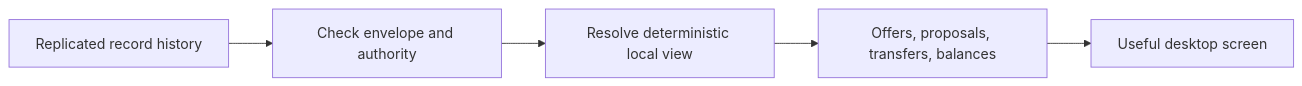
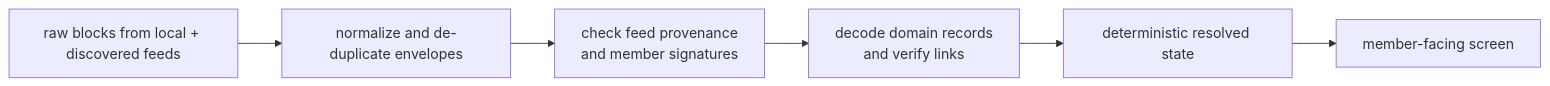
Before and after one commit to matthewlovestocode/peer-hours: the diagram in docs/education/24-raw-records-and-useful-screens.md, drawn with Mermaid. The commit also changed other lines of this file and 62 other files, not shown here.

````diff
--- a/docs/education/24-raw-records-and-useful-screens.md
+++ b/docs/education/24-raw-records-and-useful-screens.md
@@ -15,7 +5,8 @@
 ```mermaid
 flowchart LR
-    H["Replicated record history"] --> V["Check envelope and authority"]
-    V --> R["Resolve deterministic local view"]
-    R --> S["Offers, proposals, transfers, balances"]
-    S --> U["Useful desktop screen"]
+  H["raw blocks from local + discovered feeds"] --> E["normalize and de-duplicate envelopes"]
+  E --> P["check feed provenance\nand member signatures"]
+  P --> D["decode domain records\nand verify links"]
+  D --> R["deterministic resolved state"]
+  R --> U["member-facing screen"]
 ```
````
